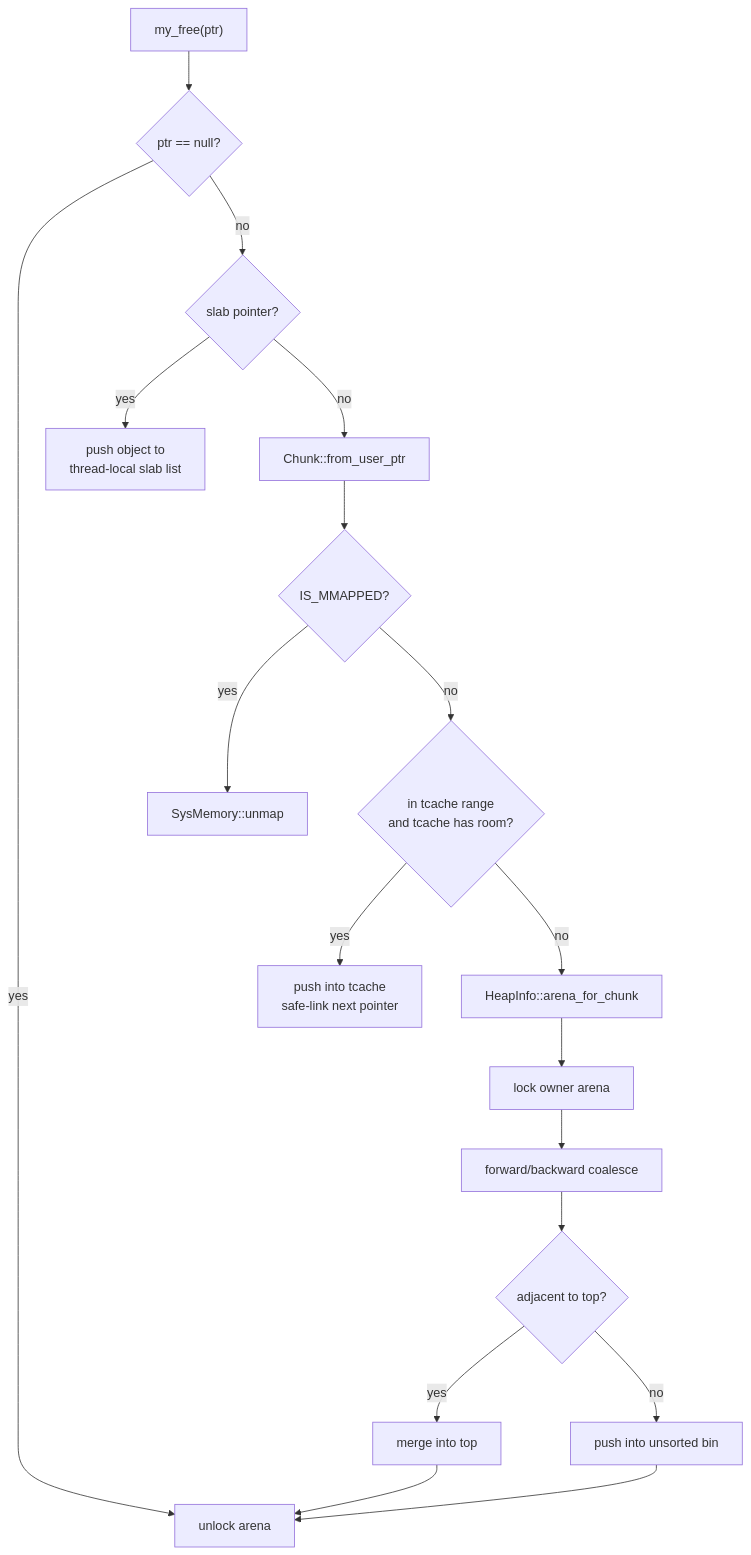
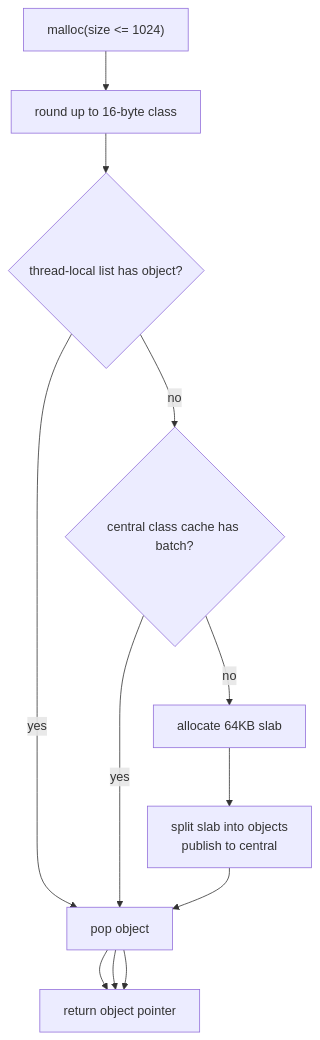
The fourth of 5 diagrams in docs/allocator_design.md (sdsasf/my_malloc), drawn with Mermaid before and after one commit. The commit also changed other lines of this file and 10 other files, not shown here.

````diff
--- a/docs/allocator_design.md
+++ b/docs/allocator_design.md
@@ -379,31 +212,17 @@
 ```mermaid
 flowchart TD
-    Start["my_free(ptr)"]
-    Null{"ptr == null?"}
-    Slab{"slab pointer?"}
-    SlabFree["push object to<br/>thread-local slab list"]
-    Chunk["Chunk::from_user_ptr"]
-    Mmap{"IS_MMAPPED?"}
-    Unmap["SysMemory::unmap"]
-    TRange{"in tcache range<br/>and tcache has room?"}
-    TPut["push into tcache<br/>safe-link next pointer"]
-    Owner["HeapInfo::arena_for_chunk"]
-    Lock["lock owner arena"]
-    Coalesce["forward/backward coalesce"]
-    Top{"adjacent to top?"}
-    MergeTop["merge into top"]
-    Unsorted["push into unsorted bin"]
-    Unlock["unlock arena"]
+    Req["malloc(size <= 1024)"]
+    Class["round up to 16-byte class"]
+    Local{"thread-local list has object?"}
+    Central{"central class cache has batch?"}
+    NewSlab["allocate 64KB slab"]
+    Publish["split slab into objects<br/>publish to central"]
+    Pop["pop object"]
+    Return["return object pointer"]
 
-    Start --> Null
-    Null -- yes --> Unlock
-    Null -- no --> Slab
-    Slab -- yes --> SlabFree
-    Slab -- no --> Chunk --> Mmap
-    Mmap -- yes --> Unmap
-    Mmap -- no --> TRange
-    TRange -- yes --> TPut
-    TRange -- no --> Owner --> Lock --> Coalesce --> Top
-    Top -- yes --> MergeTop --> Unlock
-    Top -- no --> Unsorted --> Unlock
+    Req --> Class --> Local
+    Local -- yes --> Pop --> Return
+    Local -- no --> Central
+    Central -- yes --> Pop --> Return
+    Central -- no --> NewSlab --> Publish --> Pop --> Return
 ```
````
